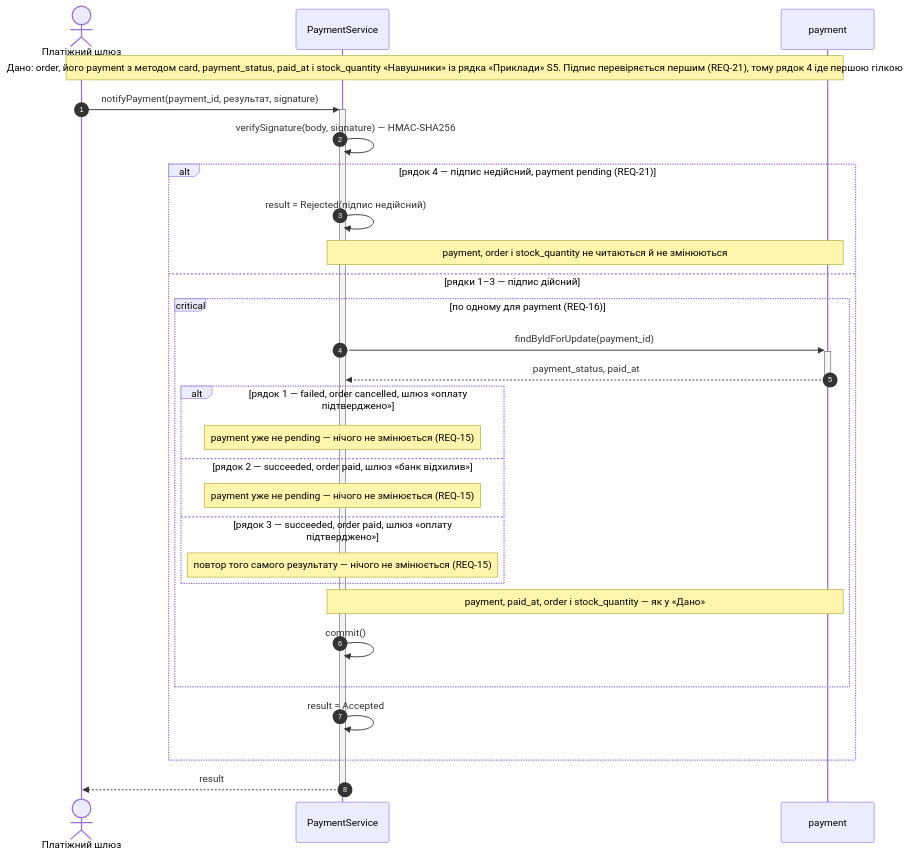
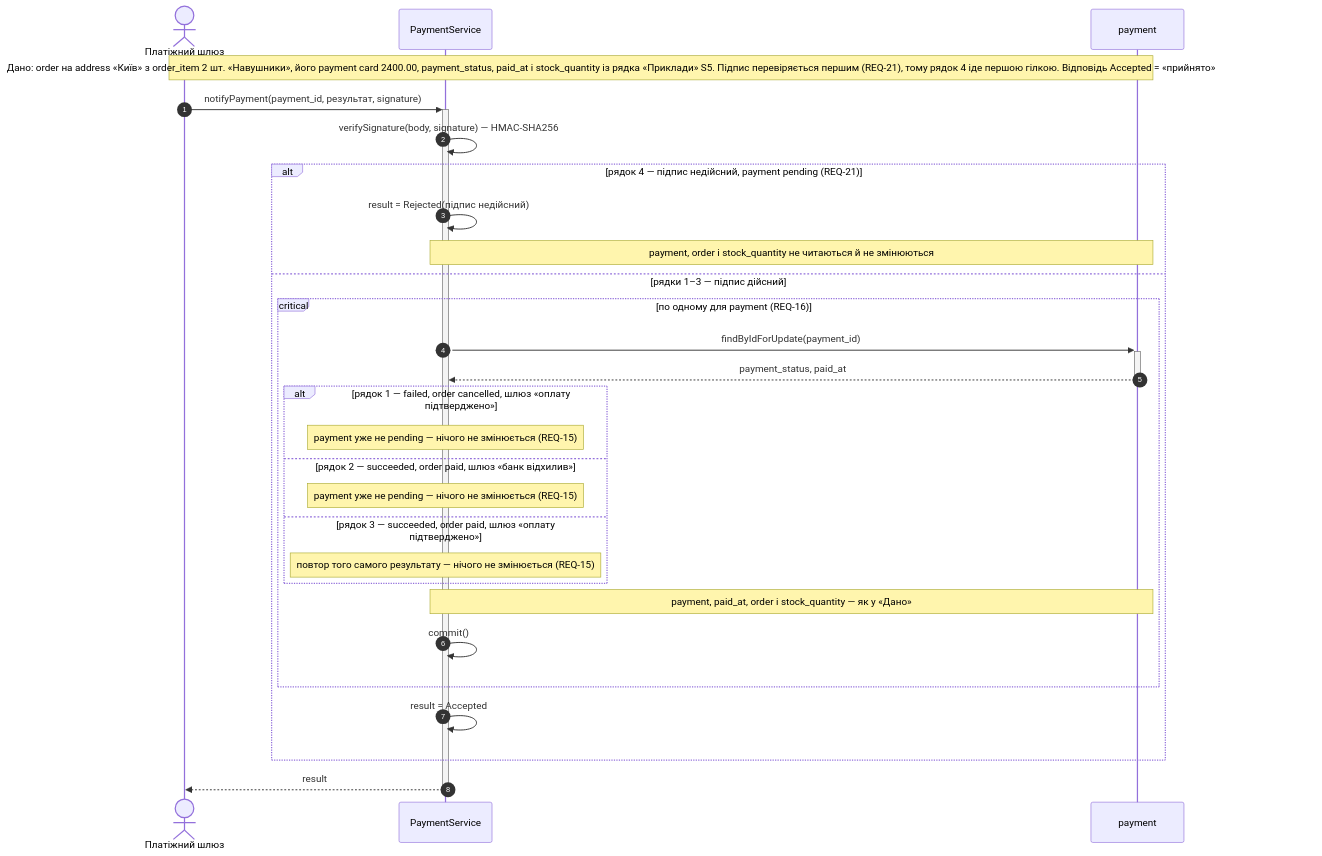
One commit to piximeow/KPI changed the diagram in lab3/sequences/S05-gateway-notification-ignored.md. Above: the diagram before and after it, drawn with Mermaid. The commit also changed 5 other files, not shown here.

````diff
--- a/lab3/sequences/S05-gateway-notification-ignored.md
+++ b/lab3/sequences/S05-gateway-notification-ignored.md
@@ -5,31 +5,31 @@
 ```mermaid
 sequenceDiagram
     autonumber
     actor GW as Платіжний шлюз
     participant PS as PaymentService
     participant PA as payment
 
-    Note over GW,PA: Дано: order, його payment з методом card, payment_status, paid_at і stock_quantity «Навушники» із рядка «Приклади» S5. Підпис перевіряється першим (REQ-21), тому рядок 4 іде першою гілкою
+    Note over GW,PA: Дано: order на address «Київ» з order_item 2 шт. «Навушники», його payment card 2400.00, payment_status, paid_at і stock_quantity із рядка «Приклади» S5. Підпис перевіряється першим (REQ-21), тому рядок 4 іде першою гілкою. Відповідь Accepted = «прийнято», Rejected = «відмова»
     GW->>+PS: notifyPayment(payment_id, результат, signature)
     PS->>PS: verifySignature(body, signature) — HMAC-SHA256
     alt рядок 4 — підпис недійсний, payment pending (REQ-21)
         PS->>PS: result = Rejected(підпис недійсний)
         Note over PS,PA: payment, order і stock_quantity не читаються й не змінюються
     else рядки 1–3 — підпис дійсний
         critical по одному для payment (REQ-16)
             PS->>+PA: findByIdForUpdate(payment_id)
             PA-->>-PS: payment_status, paid_at
             alt рядок 1 — failed, order cancelled, шлюз «оплату підтверджено»
                 Note over PS: payment уже не pending — нічого не змінюється (REQ-15)
             else рядок 2 — succeeded, order paid, шлюз «банк відхилив»
                 Note over PS: payment уже не pending — нічого не змінюється (REQ-15)
             else рядок 3 — succeeded, order paid, шлюз «оплату підтверджено»
                 Note over PS: повтор того самого результату — нічого не змінюється (REQ-15)
             end
             Note over PS,PA: payment, paid_at, order і stock_quantity — як у «Дано»
             PS->>PS: commit()
         end
         PS->>PS: result = Accepted
     end
     PS-->>-GW: result
 ```
````
